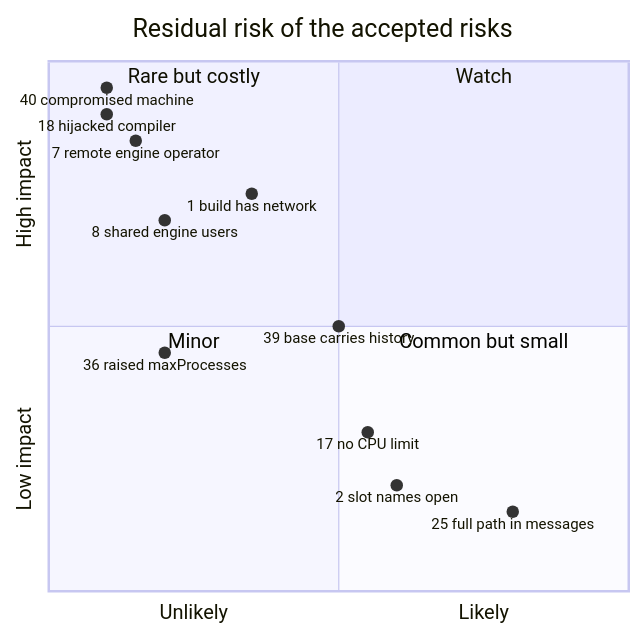
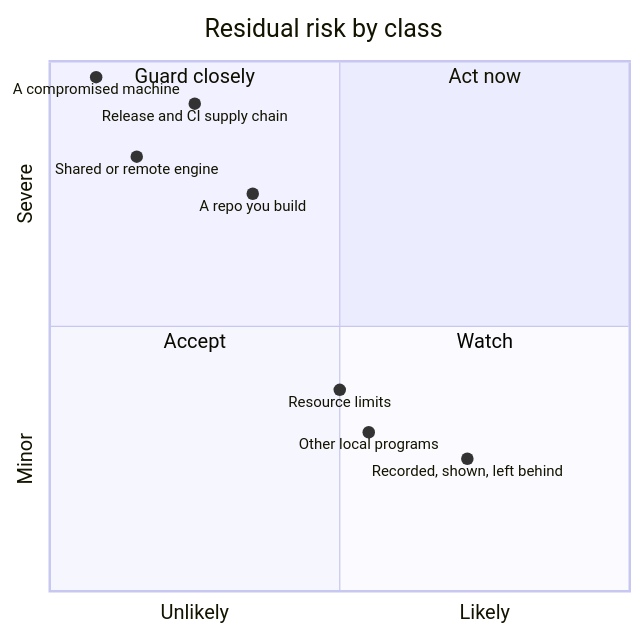
Before and after one commit to mephistopheles4/athanor: the first of 2 diagrams in docs/threat-model.md, drawn with Mermaid. The commit also changed other lines of this file and 6 other files, not shown here.

````diff
--- a/docs/threat-model.md
+++ b/docs/threat-model.md
@@ -192,20 +15,17 @@
 ```mermaid
 quadrantChart
-    title Residual risk of the accepted risks
-    x-axis Unlikely --> Likely
-    y-axis Low impact --> High impact
-    quadrant-1 Watch
-    quadrant-2 Rare but costly
-    quadrant-3 Minor
-    quadrant-4 Common but small
-    "1 build has network": [0.35, 0.75]
-    "7 remote engine operator": [0.15, 0.85]
-    "8 shared engine users": [0.2, 0.7]
-    "18 hijacked compiler": [0.1, 0.9]
-    "40 compromised machine": [0.1, 0.95]
-    "2 slot names open": [0.6, 0.2]
-    "17 no CPU limit": [0.55, 0.3]
-    "25 full path in messages": [0.8, 0.15]
-    "36 raised maxProcesses": [0.2, 0.45]
-    "39 base carries history": [0.5, 0.5]
+  title Residual risk by class
+  x-axis Unlikely --> Likely
+  y-axis Minor --> Severe
+  quadrant-1 Act now
+  quadrant-2 Guard closely
+  quadrant-3 Accept
+  quadrant-4 Watch
+  A repo you build: [0.35, 0.75]
+  Other local programs: [0.55, 0.30]
+  A compromised machine: [0.08, 0.97]
+  Shared or remote engine: [0.15, 0.82]
+  Resource limits: [0.50, 0.38]
+  Recorded, shown, left behind: [0.72, 0.25]
+  Release and CI supply chain: [0.25, 0.92]
 ```
````
